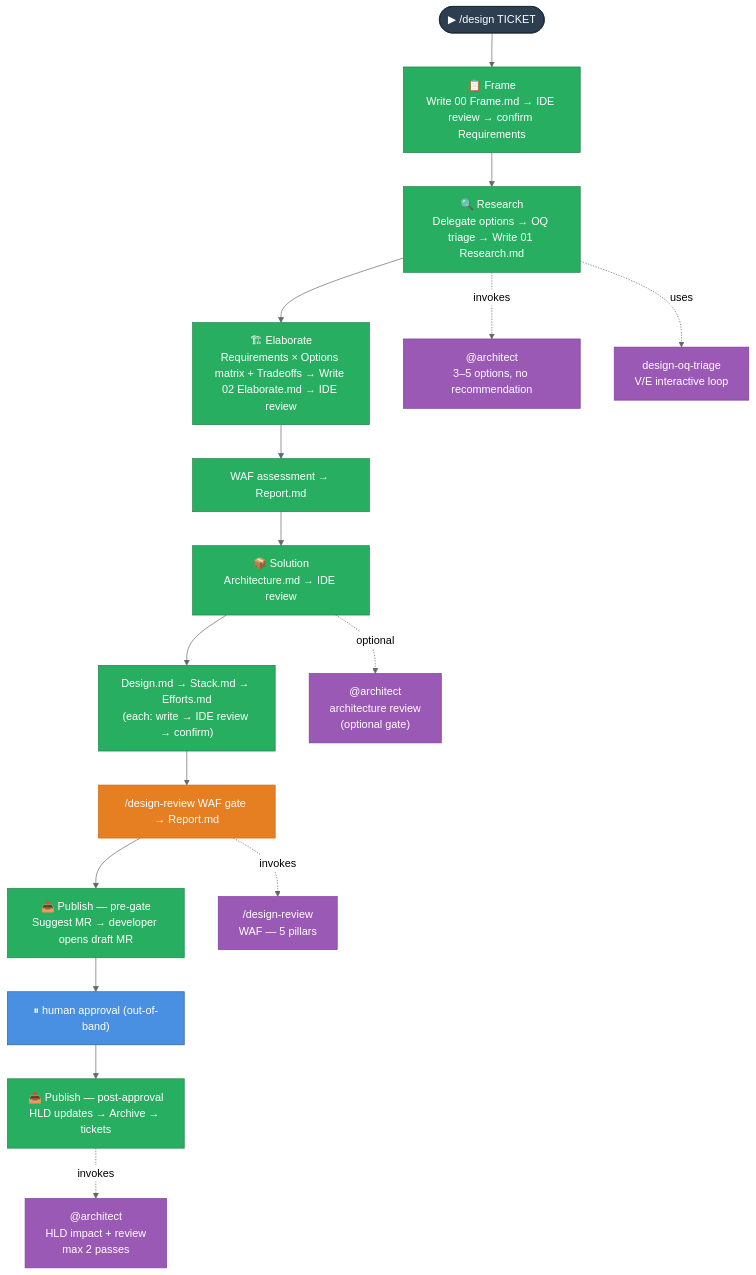
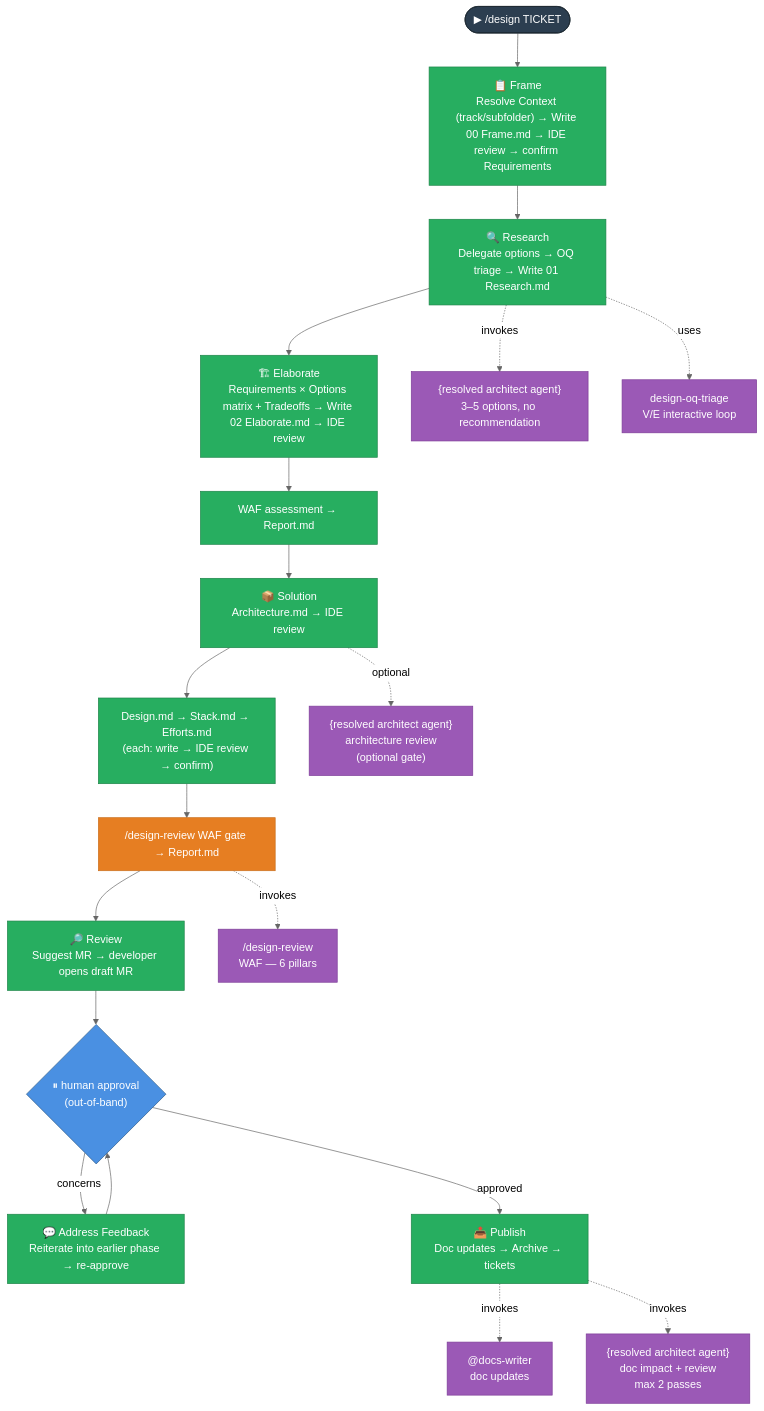
One commit to DataArt/adlc-discovery-tool changed the diagram in docs/Engineering Guide/Lifecycles/02 Design Lifecycle.md. Above: the diagram before and after it, drawn with Mermaid (neutral theme). The commit also changed other lines of this file and 255 other files, not shown here.

````diff
--- a/docs/Engineering Guide/Lifecycles/02 Design Lifecycle.md
+++ b/docs/Engineering Guide/Lifecycles/02 Design Lifecycle.md
@@ -30,35 +32,40 @@
 ```mermaid
 flowchart TD
     START(["▶ /design TICKET"]):::actor
 
-    F["📋 Frame\nWrite 00 Frame.md → IDE review → confirm Requirements"]:::phase
+    F["📋 Frame\nResolve Context (track/subfolder) → Write 00 Frame.md → IDE review → confirm Requirements"]:::phase
     R["🔍 Research\nDelegate options → OQ triage → Write 01 Research.md"]:::phase
     E["🏗 Elaborate\nRequirements × Options matrix + Tradeoffs → Write 02 Elaborate.md → IDE review"]:::phase
     EW["WAF assessment → Report.md"]:::phase
     S1["📦 Solution\nArchitecture.md → IDE review"]:::phase
     S2["Design.md → Stack.md → Efforts.md\n(each: write → IDE review → confirm)"]:::phase
     SGATE["/design-review WAF gate → Report.md"]:::gate
-    PG["📤 Publish — pre-gate\nSuggest MR → developer opens draft MR"]:::phase
-    PAPPROVE["⏸ human approval (out-of-band)"]:::human
-    PP["📤 Publish — post-approval\nHLD updates → Archive → tickets"]:::phase
+    REV["🔎 Review\nSuggest MR → developer opens draft MR"]:::phase
+    PAPPROVE{"⏸ human approval\n(out-of-band)"}:::human
+    AF["💬 Address Feedback\nReiterate into earlier phase → re-approve"]:::phase
+    PUB["📤 Publish\nDoc updates → Archive → tickets"]:::phase
 
-    ARC_R["@architect\n3–5 options, no recommendation"]:::sat
+    ARC_R["{resolved architect agent}\n3–5 options, no recommendation"]:::sat
     OQT["design-oq-triage\nV/E interactive loop"]:::sat
-    ARC_S["@architect\narchitecture review\n(optional gate)"]:::sat
-    DR["/design-review\nWAF — 5 pillars"]:::sat
-    ARC_P["@architect\nHLD impact + review\nmax 2 passes"]:::sat
+    ARC_S["{resolved architect agent}\narchitecture review\n(optional gate)"]:::sat
+    DR["/design-review\nWAF — 6 pillars"]:::sat
+    DW["@docs-writer\ndoc updates"]:::sat
+    ARC_P["{resolved architect agent}\ndoc impact + review\nmax 2 passes"]:::sat
 
-    START --> F --> R --> E --> EW --> S1 --> S2 --> SGATE --> PG --> PAPPROVE --> PP
+    START --> F --> R --> E --> EW --> S1 --> S2 --> SGATE --> REV --> PAPPROVE
+    PAPPROVE -->|concerns| AF --> PAPPROVE
+    PAPPROVE -->|approved| PUB
 
     R -.->|invokes| ARC_R
     R -.->|uses| OQT
     S1 -.->|optional| ARC_S
     SGATE -.->|invokes| DR
-    PP -.->|invokes| ARC_P
+    PUB -.->|invokes| DW
+    PUB -.->|invokes| ARC_P
 
     classDef actor fill:#2C3E50,stroke:#1A252F,color:#fff
     classDef phase fill:#27AE60,stroke:#1E8449,color:#fff
     classDef gate fill:#E67E22,stroke:#CA6F1E,color:#fff
     classDef human fill:#4A90E2,stroke:#2E5C8A,color:#fff
     classDef sat fill:#9B59B6,stroke:#7D3C98,color:#fff
 ```
````
